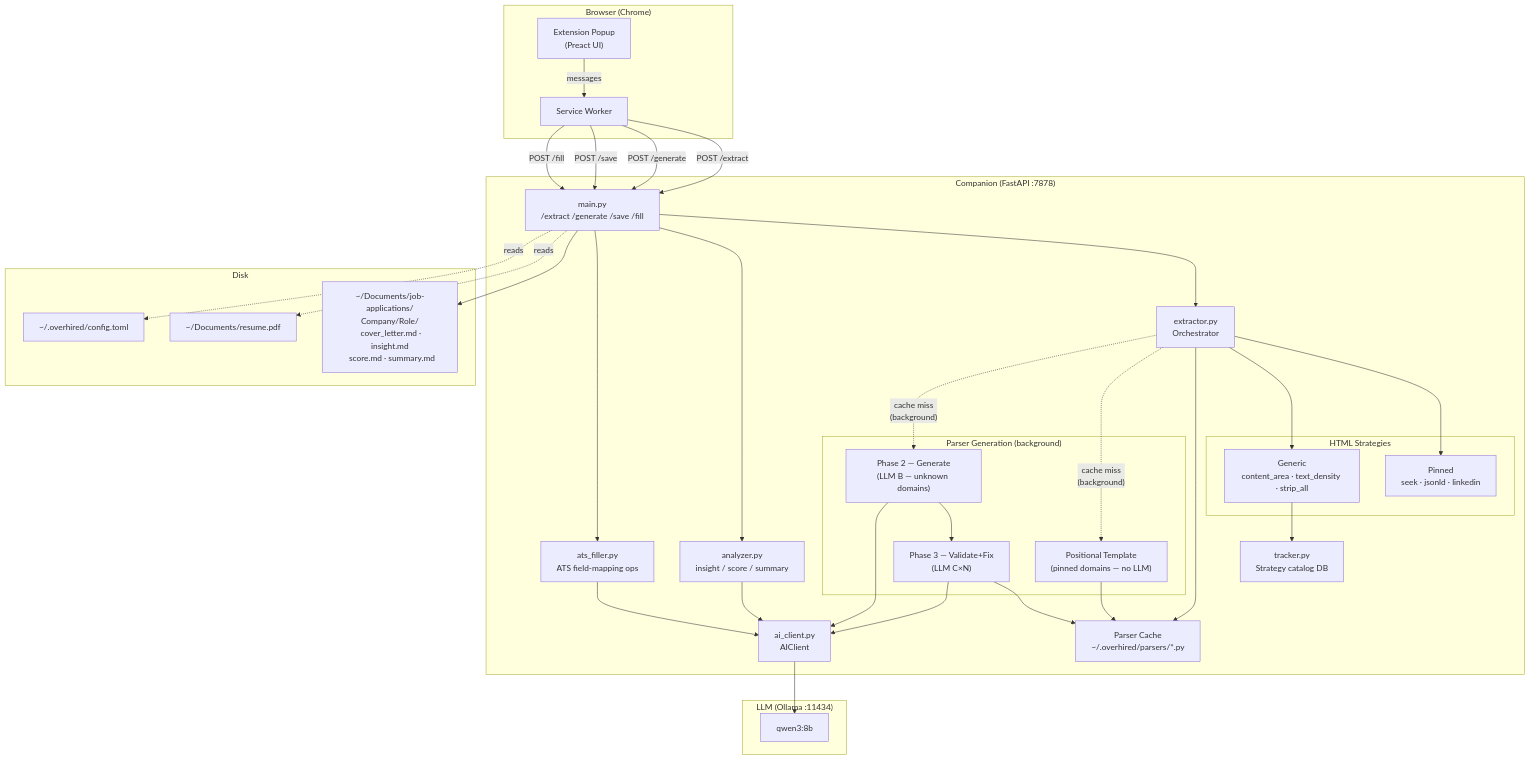
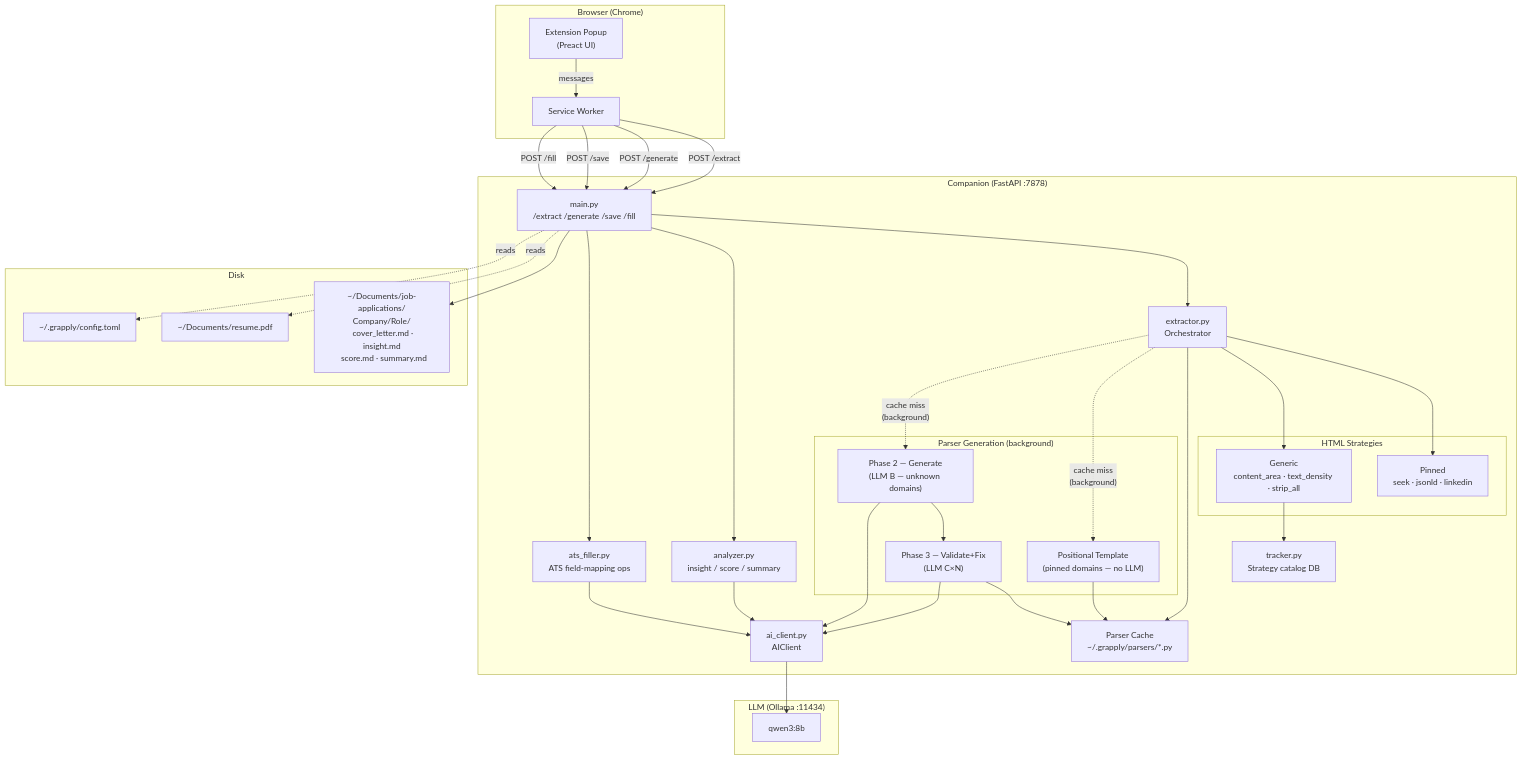
The first of 4 diagrams in README.md (jwongso/overhired), drawn with Mermaid before and after one commit. The commit also changed other lines of this file and 42 other files, not shown here.

First line of the commit message:
refactor: rename project from overhired to grapply

````diff
--- a/README.md
+++ b/README.md
@@ -118,65 +118,65 @@
 ```mermaid
 graph TB
     subgraph Browser["Browser (Chrome)"]
         EXT["Extension Popup\n(Preact UI)"]
         SW["Service Worker"]
     end
 
     subgraph Companion["Companion (FastAPI :7878)"]
         API["main.py\n/extract /generate /save /fill"]
         EXT_MOD["extractor.py\nOrchestrator"]
 
         subgraph Strategies["HTML Strategies"]
             PIN["Pinned\nseek · jsonld · linkedin"]
             GEN["Generic\ncontent_area · text_density · strip_all"]
         end
 
         subgraph ParserGen["Parser Generation (background)"]
             TMPL["Positional Template\n(pinned domains — no LLM)"]
             P2["Phase 2 — Generate\n(LLM B — unknown domains)"]
             P3["Phase 3 — Validate+Fix\n(LLM C×N)"]
         end
 
-        CACHE["Parser Cache\n~/.overhired/parsers/*.py"]
+        CACHE["Parser Cache\n~/.grapply/parsers/*.py"]
         TRACKER["tracker.py\nStrategy catalog DB"]
         AI_CLI["ai_client.py\nAIClient"]
         ANA["analyzer.py\ninsight / score / summary"]
         ATS["ats_filler.py\nATS field-mapping ops"]
     end
 
     subgraph LLM["LLM (Ollama :11434)"]
         MODEL["qwen3:8b"]
     end
 
     subgraph Disk["Disk"]
         OUT["~/Documents/job-applications/\nCompany/Role/\n  cover_letter.md · insight.md\n  score.md · summary.md"]
         RESUME["~/Documents/resume.pdf"]
-        CONFIG["~/.overhired/config.toml"]
+        CONFIG["~/.grapply/config.toml"]
     end
 
     EXT -->|"messages"| SW
     SW -->|"POST /extract"| API
     SW -->|"POST /generate"| API
     SW -->|"POST /save"| API
     SW -->|"POST /fill"| API
     API --> EXT_MOD
     EXT_MOD --> PIN
     EXT_MOD --> GEN
     GEN --> TRACKER
     EXT_MOD --> CACHE
     EXT_MOD -.->|"cache miss\n(background)"| TMPL
     EXT_MOD -.->|"cache miss\n(background)"| P2
     P2 --> P3
     TMPL --> CACHE
     P3 --> CACHE
     P2 --> AI_CLI
     P3 --> AI_CLI
     AI_CLI --> MODEL
     API --> ANA
     ANA --> AI_CLI
     API --> ATS
     ATS --> AI_CLI
     API --> OUT
     API -.->|reads| RESUME
     API -.->|reads| CONFIG
 ```
````
